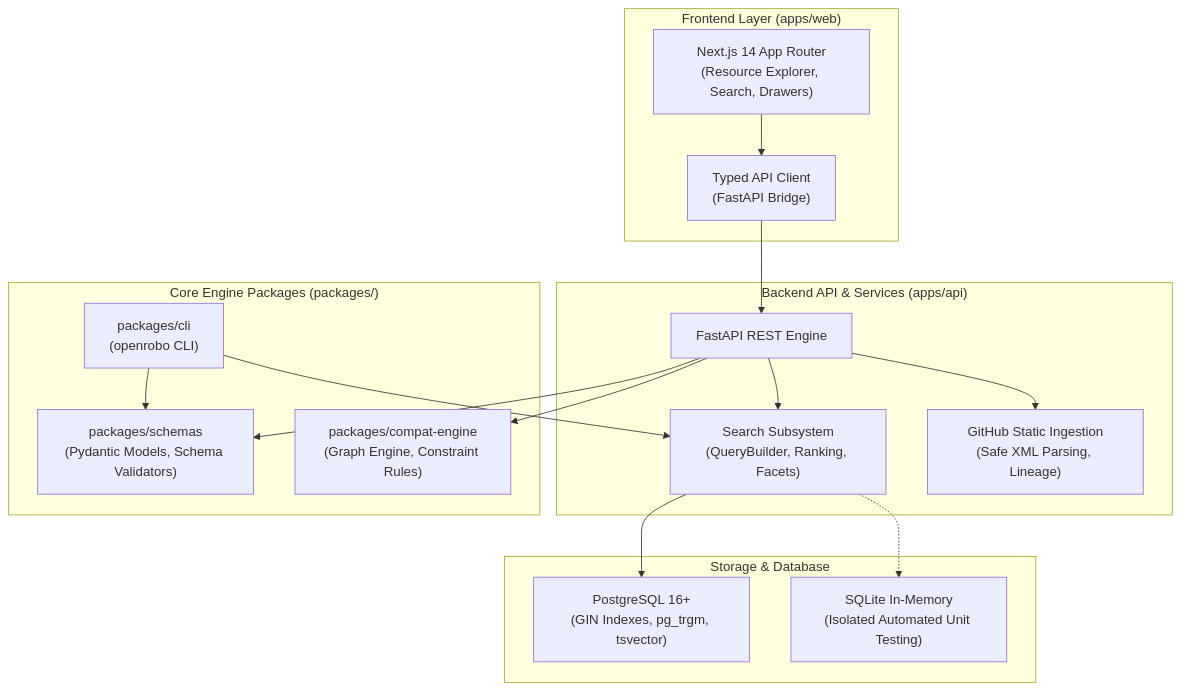
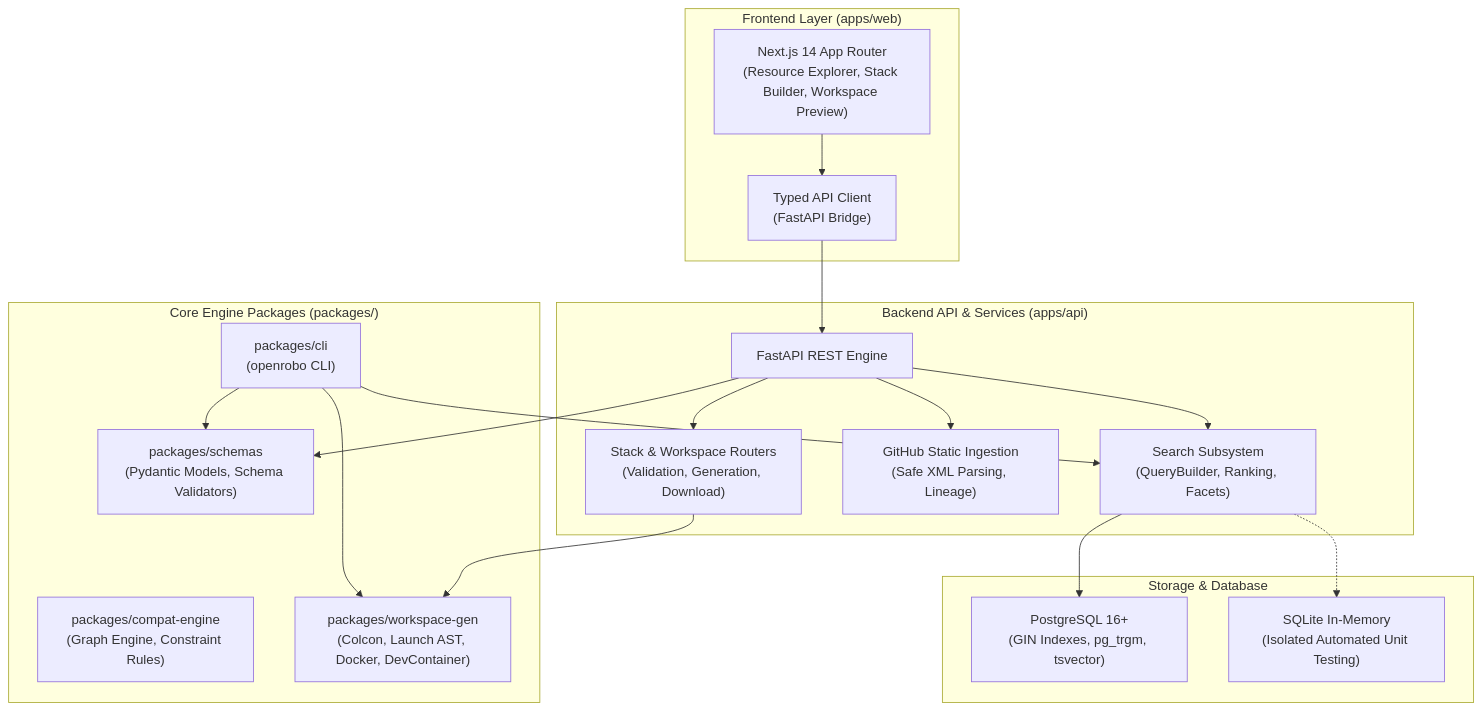
Before and after one commit to Tanishk756/OpenRobo: the diagram in README.md, drawn with Mermaid. The commit also changed other lines of this file and 3 other files, not shown here.

````diff
--- a/README.md
+++ b/README.md
@@ -48,35 +51,39 @@
 ```mermaid
 graph TD
     subgraph Frontend ["Frontend Layer (apps/web)"]
-        UI["Next.js 14 App Router<br/>(Resource Explorer, Search, Drawers)"]
+        UI["Next.js 14 App Router<br/>(Resource Explorer, Stack Builder, Workspace Preview)"]
         ApiClient["Typed API Client<br/>(FastAPI Bridge)"]
         UI --> ApiClient
     end
 
     subgraph Backend ["Backend API & Services (apps/api)"]
         FastAPI["FastAPI REST Engine"]
         SearchService["Search Subsystem<br/>(QueryBuilder, Ranking, Facets)"]
         IngestionService["GitHub Static Ingestion<br/>(Safe XML Parsing, Lineage)"]
+        StackRouter["Stack & Workspace Routers<br/>(Validation, Generation, Download)"]
         FastAPI --> SearchService
         FastAPI --> IngestionService
+        FastAPI --> StackRouter
     end
 
     subgraph CorePackages ["Core Engine Packages (packages/)"]
         SchemasPkg["packages/schemas<br/>(Pydantic Models, Schema Validators)"]
         CompatPkg["packages/compat-engine<br/>(Graph Engine, Constraint Rules)"]
+        WorkspacePkg["packages/workspace-gen<br/>(Colcon, Launch AST, Docker, DevContainer)"]
         CLIPkg["packages/cli<br/>(openrobo CLI)"]
     end
 
     subgraph Storage ["Storage & Database"]
         Postgres["PostgreSQL 16+<br/>(GIN Indexes, pg_trgm, tsvector)"]
         SQLiteTest["SQLite In-Memory<br/>(Isolated Automated Unit Testing)"]
     end
 
     ApiClient --> FastAPI
     CLIPkg --> SchemasPkg
+    CLIPkg --> WorkspacePkg
     CLIPkg --> SearchService
+    StackRouter --> WorkspacePkg
     SearchService --> Postgres
     SearchService -.-> SQLiteTest
     FastAPI --> SchemasPkg
-    FastAPI --> CompatPkg
 ```
````
